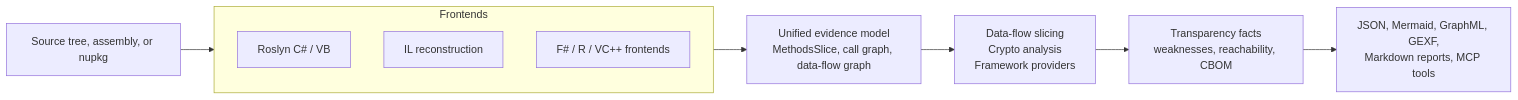
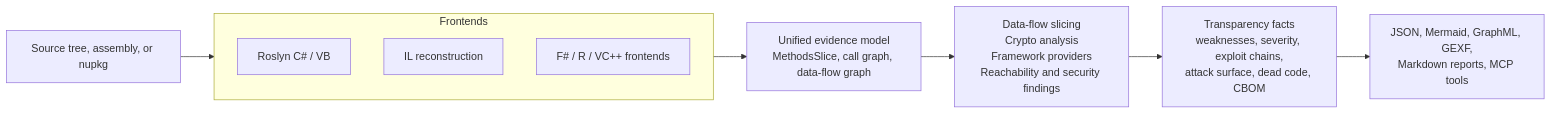
One commit to owasp-dep-scan/dosai changed the diagram in docs/README.md. Above: the diagram before and after it, drawn with Mermaid. The commit also changed other lines of this file and 74 other files, not shown here.

Commit message:
Update docs, lessons, and code comments for schema 4.1.0 feature set (#50)

````diff
--- a/docs/README.md
+++ b/docs/README.md
@@ -9,13 +9,13 @@
 ```mermaid
 flowchart LR
     Input["Source tree, assembly, or nupkg"] --> Frontends
     subgraph Frontends
         Roslyn["Roslyn C# / VB"]
         IL["IL reconstruction"]
         Lang["F# / R / VC++ frontends"]
     end
     Frontends --> Model["Unified evidence model<br/>MethodsSlice, call graph, data-flow graph"]
-    Model --> Analysis["Data-flow slicing<br/>Crypto analysis<br/>Framework providers"]
-    Analysis --> Facts["Transparency facts<br/>weaknesses, reachability, CBOM"]
+    Model --> Analysis["Data-flow slicing<br/>Crypto analysis<br/>Framework providers<br/>Reachability and security findings"]
+    Analysis --> Facts["Transparency facts<br/>weaknesses, severity, exploit chains,<br/>attack surface, dead code, CBOM"]
     Facts --> Output["JSON, Mermaid, GraphML, GEXF,<br/>Markdown reports, MCP tools"]
 ```
````
